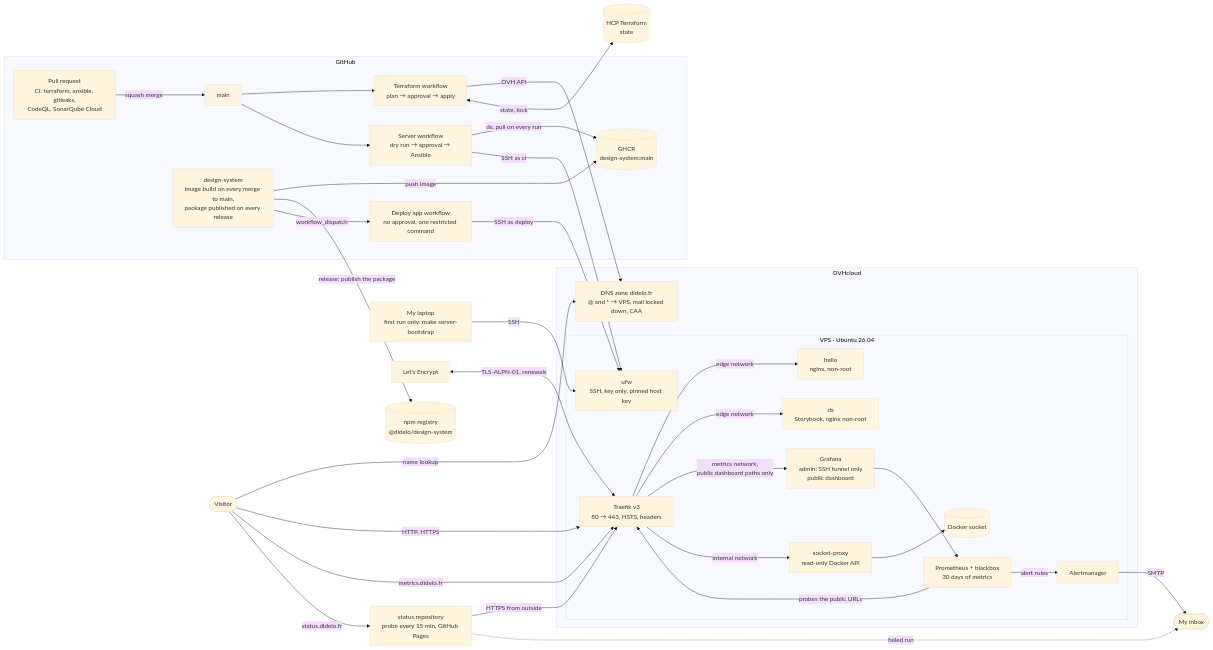
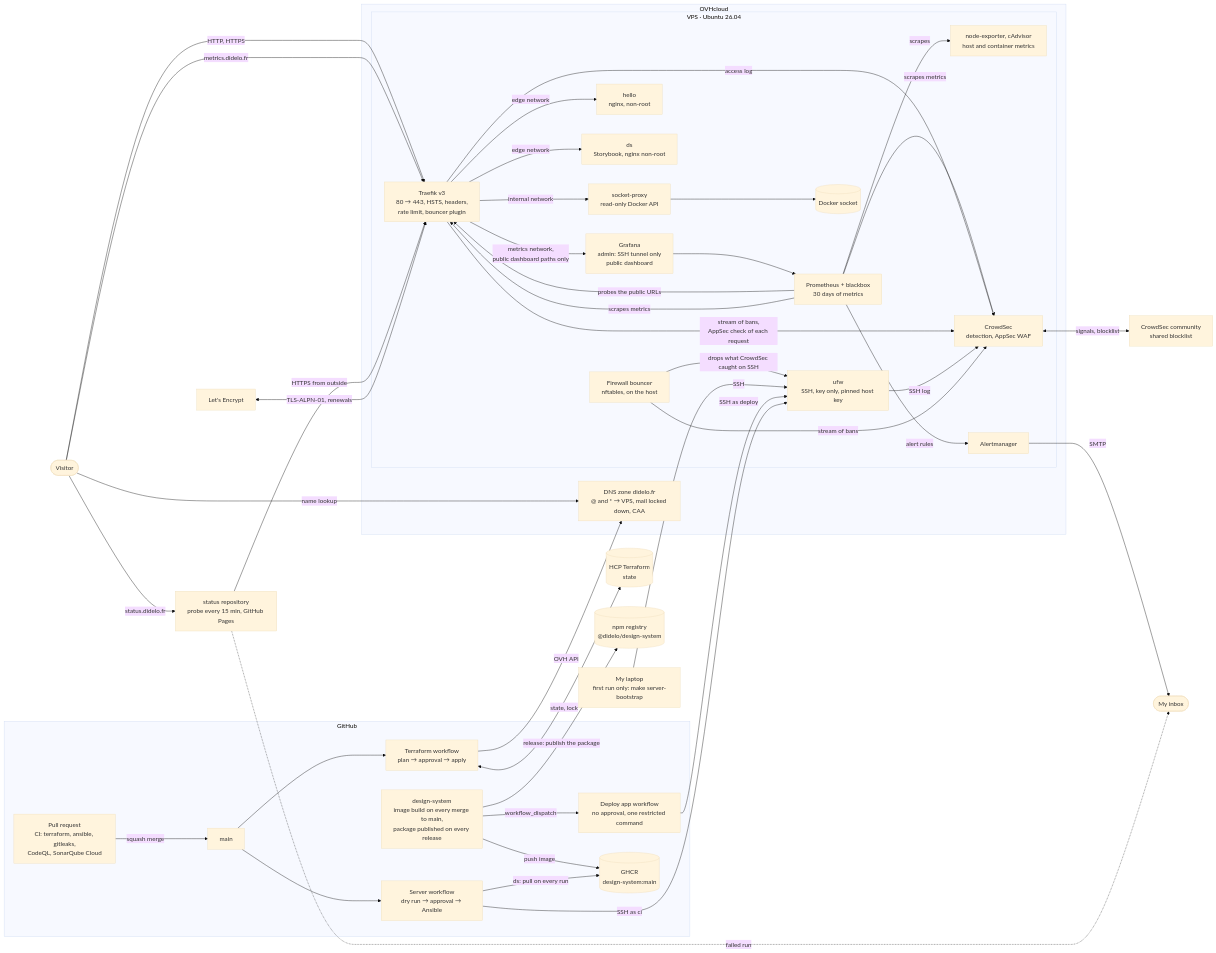
The diagram in README.md (Didelo-lilian/infra), drawn with Mermaid (base theme) before and after one commit.

Commit message:
docs: bring the architecture diagram up to date (#69)
## What

The architecture diagram had not followed the security hardening and the
per-container metrics. It now shows:

- **CrowdSec** (detection and the AppSec WAF), reading the Traefik
access log and the SSH log, and exchanging signals and the shared
blocklist with the CrowdSec community.
- Its three enforcement points: the **bouncer plugin and AppSec check in
Traefik**, and the **firewall bouncer** on the host that drops what
CrowdSec caught on SSH.
- **node-exporter and cAdvisor**, and what Prometheus scrapes: the
exporters, CrowdSec and Traefik.
- Traefik now lists the rate limit next to the headers.

## Checks

Every box and arrow compared with the compose files and the Ansible
playbook. The diagram renders with mermaid-cli (checked as an image).

Closes #68

````diff
--- a/README.md
+++ b/README.md
@@ -28,62 +28,75 @@
 ```mermaid
 flowchart LR
   visitor([Visitor])
   laptop["My laptop<br/>first run only: make server-bootstrap"]
   le["Let's Encrypt"]
+  capi["CrowdSec community<br/>shared blocklist"]
 
   subgraph ovh["OVHcloud"]
     dns["DNS zone didelo.fr<br/>@ and * → VPS, mail locked down, CAA"]
     subgraph vps["VPS · Ubuntu 26.04"]
       ufw["ufw<br/>SSH, key only, pinned host key"]
-      traefik["Traefik v3<br/>80 → 443, HSTS, headers"]
+      traefik["Traefik v3<br/>80 → 443, HSTS, headers,<br/>rate limit, bouncer plugin"]
       proxy["socket-proxy<br/>read-only Docker API"]
       sock[("Docker socket")]
       hello["hello<br/>nginx, non-root"]
       ds["ds<br/>Storybook, nginx non-root"]
       graf["Grafana<br/>admin: SSH tunnel only<br/>public dashboard"]
       prom["Prometheus + blackbox<br/>30 days of metrics"]
+      exp["node-exporter, cAdvisor<br/>host and container metrics"]
       alert["Alertmanager"]
+      cs["CrowdSec<br/>detection, AppSec WAF"]
+      fwb["Firewall bouncer<br/>nftables, on the host"]
     end
   end
 
   subgraph gh["GitHub"]
     pr["Pull request<br/>CI: terraform, ansible, gitleaks,<br/>CodeQL, SonarQube Cloud"]
     main["main"]
     tfwf["Terraform workflow<br/>plan → approval → apply"]
     srvwf["Server workflow<br/>dry run → approval → Ansible"]
     appwf["Deploy app workflow<br/>no approval, one restricted command"]
     dsrepo["design-system<br/>image build on every merge to main,<br/>package published on every release"]
     ghcr[("GHCR<br/>design-system:main")]
   end
   hcp[("HCP Terraform<br/>state")]
   npm[("npm registry<br/>@didelo/design-system")]
   statusrepo["status repository<br/>probe every 15 min, GitHub Pages"]
   inbox(["My inbox"])
 
   visitor -->|"name lookup"| dns
   visitor -->|"HTTP, HTTPS"| traefik
   traefik -->|"edge network"| hello
   traefik -->|"edge network"| ds
   graf --> prom
   visitor -->|"metrics.didelo.fr"| traefik
   traefik -->|"metrics network,<br/>public dashboard paths only"| graf
   prom -->|"probes the public URLs"| traefik
+  prom -->|"scrapes"| exp
+  prom -->|"scrapes metrics"| cs
+  prom -->|"scrapes metrics"| traefik
+  traefik -->|"access log"| cs
+  traefik -->|"stream of bans,<br/>AppSec check of each request"| cs
+  ufw -->|"SSH log"| cs
+  fwb -->|"stream of bans"| cs
+  fwb -->|"drops what CrowdSec caught on SSH"| ufw
+  cs <-->|"signals, blocklist"| capi
   prom -->|"alert rules"| alert
   alert -->|"SMTP"| inbox
   statusrepo -->|"HTTPS from outside"| traefik
   statusrepo -.->|"failed run"| inbox
   visitor -->|"status.didelo.fr"| statusrepo
   traefik -->|"internal network"| proxy --> sock
   le <-->|"TLS-ALPN-01, renewals"| traefik
   laptop -->|"SSH"| ufw
   pr -->|"squash merge"| main --> tfwf
   main --> srvwf
   dsrepo -->|"push image"| ghcr
   dsrepo -->|"release: publish the package"| npm
   dsrepo -->|"workflow_dispatch"| appwf
   appwf -->|"SSH as deploy"| ufw
   srvwf -->|"ds: pull on every run"| ghcr
   srvwf -->|"SSH as ci"| ufw
   tfwf -->|"OVH API"| dns
   tfwf <-->|"state, lock"| hcp
 ```
````
